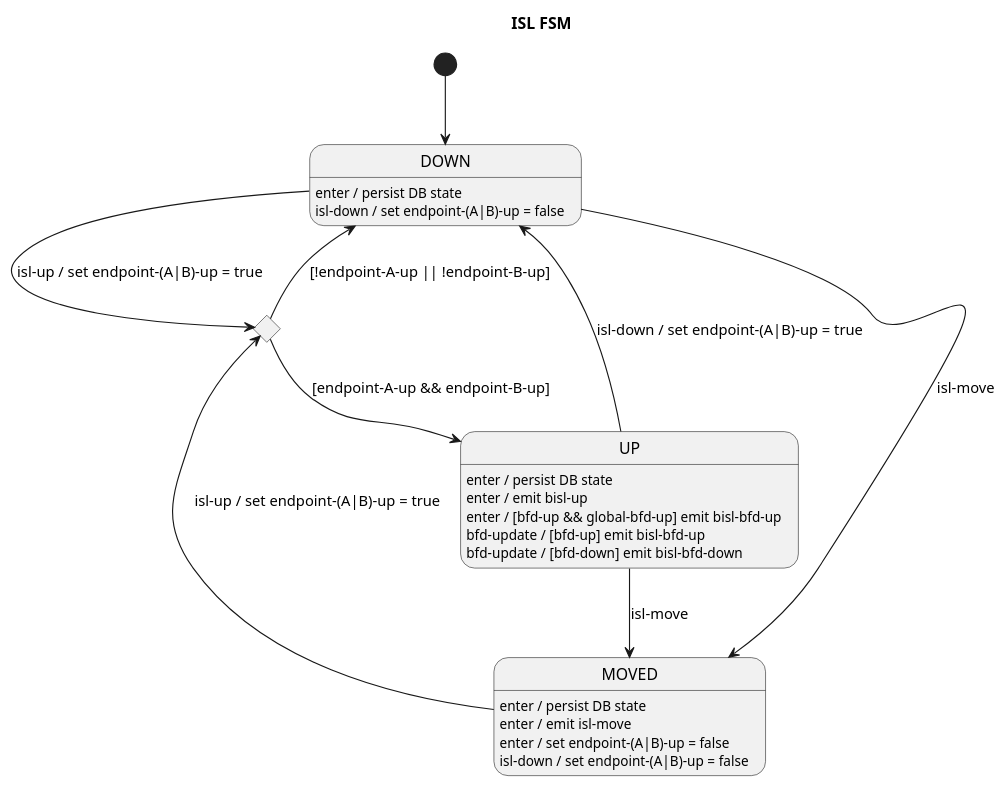
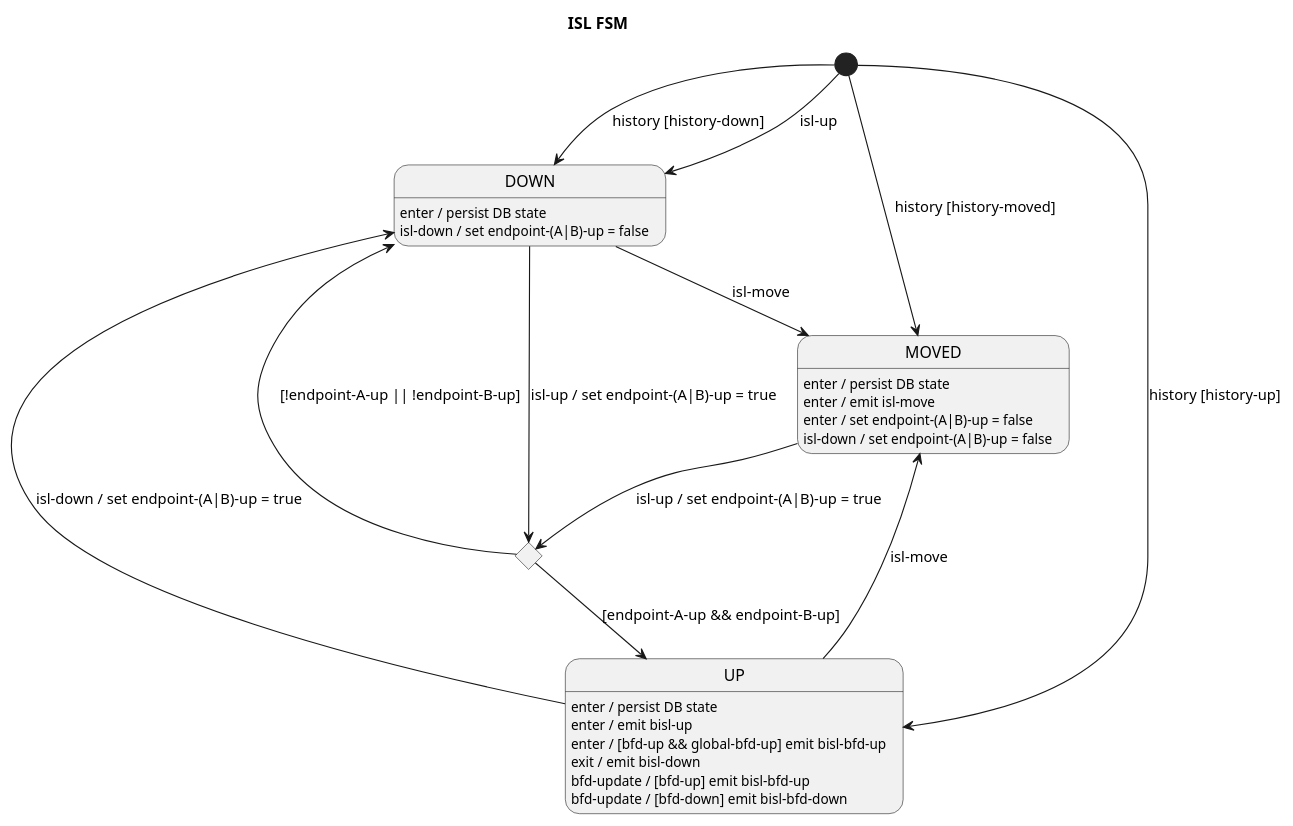
One commit to telstra/open-kilda changed the diagram in docs/design/network-discovery/ISL-FSM.puml. Above: the diagram before and after it, drawn with PlantUML. The commit also changed other lines of this file and 7 other files, not shown here.

```diff
--- a/docs/design/network-discovery/ISL-FSM.puml
+++ b/docs/design/network-discovery/ISL-FSM.puml
@@ -16,30 +17,34 @@
 @startuml
 title ISL FSM
 
-[*] --> DOWN
+[*] --> DOWN : history [history-down]
+[*] --> DOWN : isl-up
+[*] --> UP : history [history-up]
+[*] --> MOVED : history [history-moved]
 
 state upAttempt <<choice>>
 
 DOWN --> upAttempt : isl-up / set endpoint-(A|B)-up = true
 DOWN --> MOVED : isl-move
 DOWN : enter / persist DB state
 DOWN : isl-down / set endpoint-(A|B)-up = false
 
 upAttempt --> UP : [endpoint-A-up && endpoint-B-up]
 upAttempt --> DOWN : [!endpoint-A-up || !endpoint-B-up]
 
 UP --> DOWN : isl-down / set endpoint-(A|B)-up = true
 UP --> MOVED : isl-move
 UP : enter / persist DB state
 UP : enter / emit bisl-up
 UP : enter / [bfd-up && global-bfd-up] emit bisl-bfd-up
+UP : exit / emit bisl-down
 UP : bfd-update / [bfd-up] emit bisl-bfd-up
 UP : bfd-update / [bfd-down] emit bisl-bfd-down
 
 MOVED --> upAttempt : isl-up / set endpoint-(A|B)-up = true
 MOVED : enter / persist DB state
 MOVED : enter / emit isl-move
 MOVED : enter / set endpoint-(A|B)-up = false
 MOVED : isl-down / set endpoint-(A|B)-up = false
 
 @enduml
```
